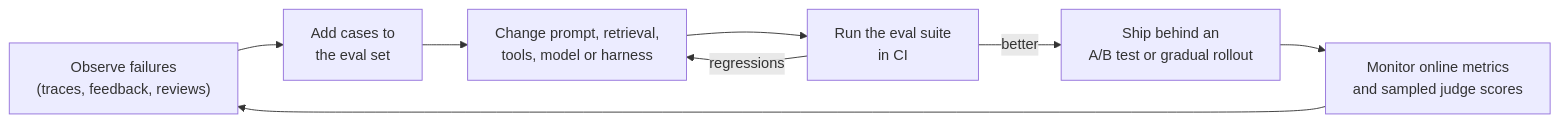
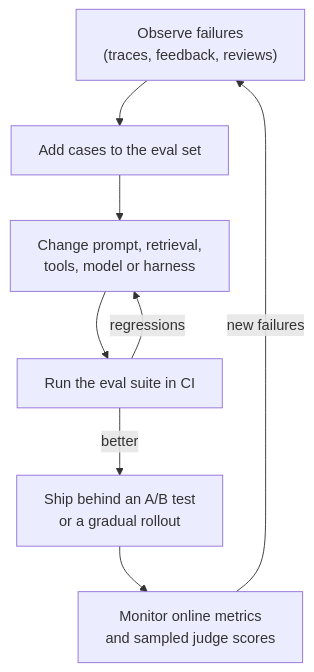
One commit to rajan-021/AI-ML changed the diagram in docs/ai-engineering/evaluation.md. Above: the diagram before and after it, drawn with Mermaid. The commit also changed 20 other files, not shown here.

First line of the commit message:
Make diagrams readable at the content width

````diff
--- a/docs/ai-engineering/evaluation.md
+++ b/docs/ai-engineering/evaluation.md
@@ -97,10 +97,10 @@
 ```mermaid
-flowchart LR
-    A["Observe failures<br/>(traces, feedback, reviews)"] --> B["Add cases to<br/>the eval set"]
+flowchart TB
+    A["Observe failures<br/>(traces, feedback, reviews)"] --> B["Add cases to the eval set"]
     B --> C["Change prompt, retrieval,<br/>tools, model or harness"]
-    C --> D["Run the eval suite<br/>in CI"]
+    C --> D["Run the eval suite in CI"]
     D -->|"regressions"| C
-    D -->|"better"| E["Ship behind an<br/>A/B test or gradual rollout"]
+    D -->|"better"| E["Ship behind an A/B test<br/>or a gradual rollout"]
     E --> F["Monitor online metrics<br/>and sampled judge scores"]
-    F --> A
+    F -->|"new failures"| A
 ```
````
